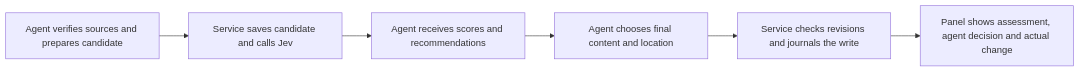
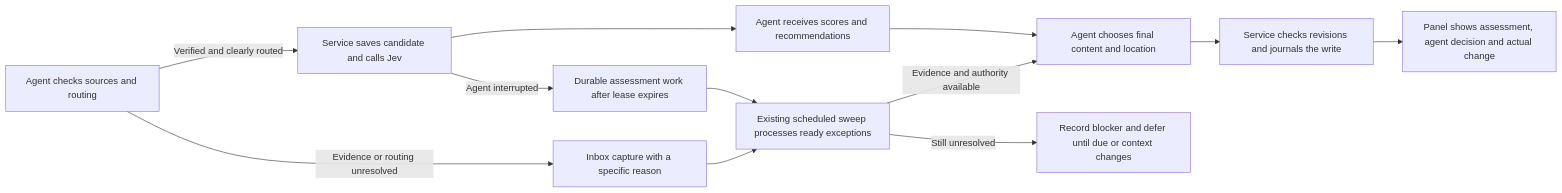
The diagram in docs/superpowers/specs/2026-11-02-agent-jev-assess-commit-design.md (wdetorres/brain-companion), drawn with Mermaid before and after one commit. The commit also changed other lines of this file and 1 other file, not shown here.

Commit message:
docs: retain Inbox exceptions and scheduled recovery

````diff
--- a/docs/superpowers/specs/2026-11-02-agent-jev-assess-commit-design.md
+++ b/docs/superpowers/specs/2026-11-02-agent-jev-assess-commit-design.md
@@ -34,8 +36,14 @@
 ```mermaid
 flowchart LR
-  A[Agent verifies sources and prepares candidate] --> B[Service saves candidate and calls Jev]
+  A[Agent checks sources and routing] -->|Verified and clearly routed| B[Service saves candidate and calls Jev]
   B --> C[Agent receives scores and recommendations]
   C --> D[Agent chooses final content and location]
   D --> E[Service checks revisions and journals the write]
   E --> F[Panel shows assessment, agent decision and actual change]
+  A -->|Evidence or routing unresolved| I[Inbox capture with a specific reason]
+  B -->|Agent interrupted| Q[Durable assessment work after lease expires]
+  I --> S[Existing scheduled sweep processes ready exceptions]
+  Q --> S
+  S -->|Evidence and authority available| D
+  S -->|Still unresolved| R[Record blocker and defer until due or context changes]
 ```
````
